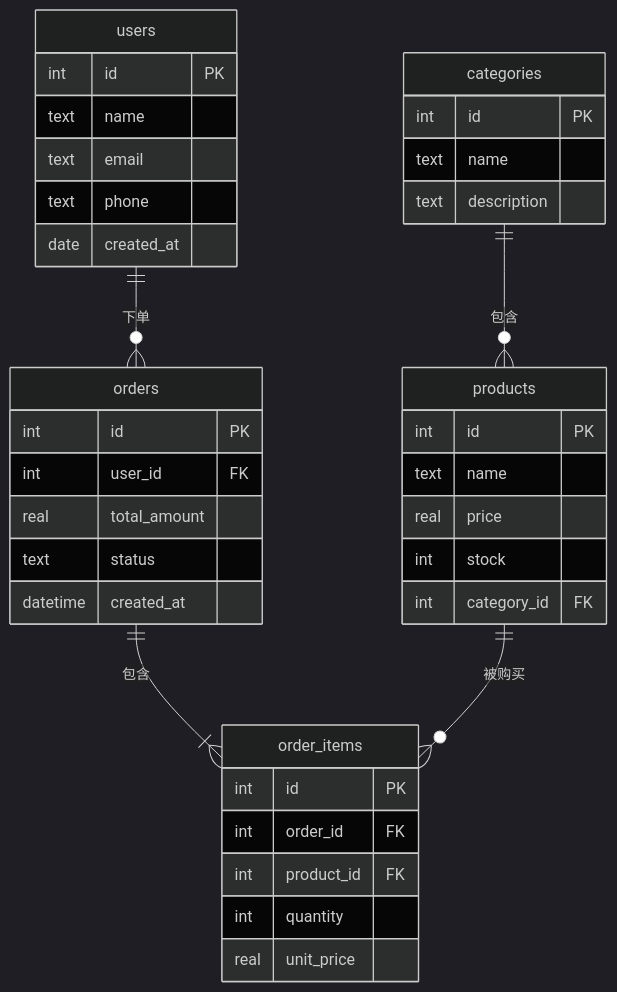
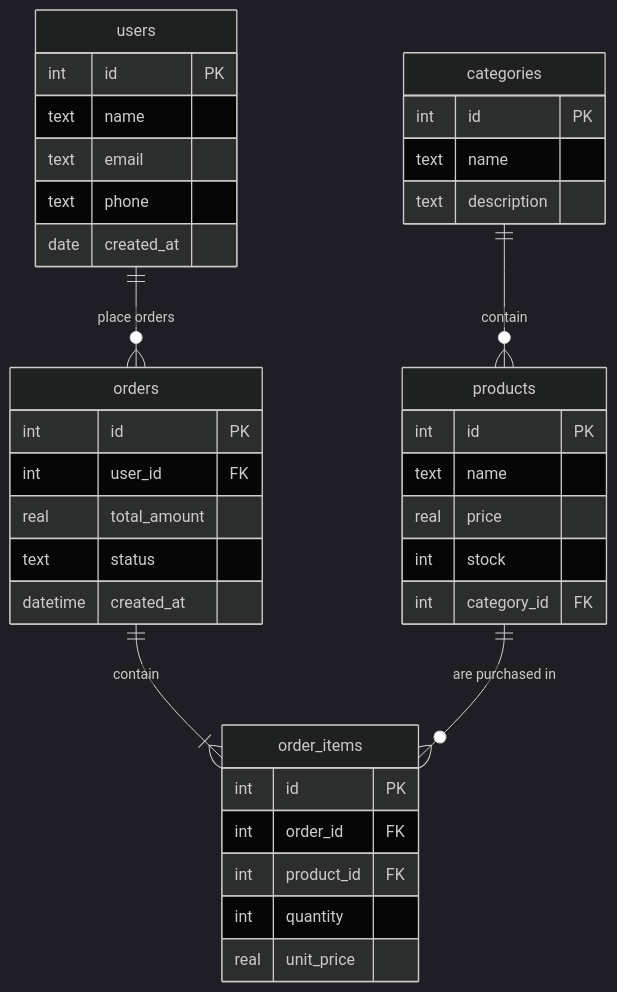
The third of 4 diagrams in docs/ch03-data-analysis/ch05-database/04-db-design.md (oudbiao/AI-fullstack-course), drawn with Mermaid (dark theme) before and after one commit. The commit also changed other lines of this file and 1406 other files, not shown here.

````diff
--- a/docs/ch03-data-analysis/ch05-database/04-db-design.md
+++ b/docs/ch03-data-analysis/ch05-database/04-db-design.md
@@ -176,45 +176,45 @@
 ```mermaid
 erDiagram
     users {
         int id PK
         text name
         text email
         text phone
         date created_at
     }
 
     categories {
         int id PK
         text name
         text description
     }
 
     products {
         int id PK
         text name
         real price
         int stock
         int category_id FK
     }
 
     orders {
         int id PK
         int user_id FK
         real total_amount
         text status
         datetime created_at
     }
 
     order_items {
         int id PK
         int order_id FK
         int product_id FK
         int quantity
         real unit_price
     }
 
-    users ||--o{ orders : "下单"
-    categories ||--o{ products : "包含"
-    orders ||--|{ order_items : "包含"
-    products ||--o{ order_items : "被购买"
+    users ||--o{ orders : "place orders"
+    categories ||--o{ products : "contain"
+    orders ||--|{ order_items : "contain"
+    products ||--o{ order_items : "are purchased in"
 ```
````
